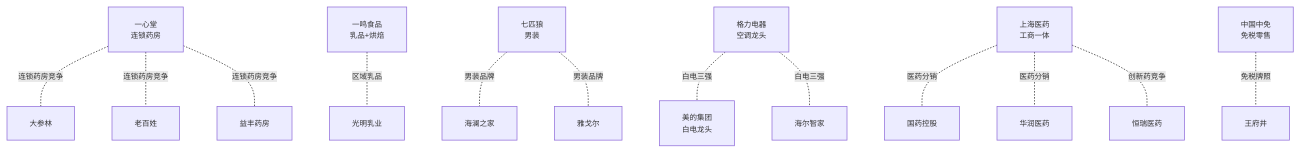
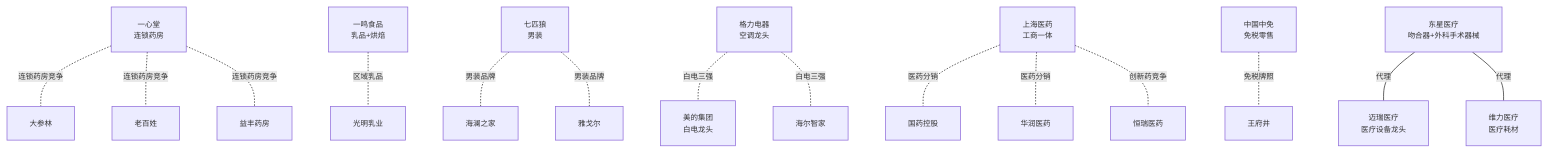
Before and after one commit to zhangbo1882/open-industry: the tenth of 23 diagrams in industry/wiki/syntheses/公司关联图谱.md, drawn with Mermaid. The commit also changed other lines of this file and 7 other files, not shown here.

````diff
--- a/industry/wiki/syntheses/公司关联图谱.md
+++ b/industry/wiki/syntheses/公司关联图谱.md
@@ -911,26 +914,31 @@
 ```mermaid
 %%{init: {'themeVariables': {'fontSize': '10px'}}}%%
 graph TB
     一心堂[一心堂<br/>连锁药房]
     一鸣食品[一鸣食品<br/>乳品+烘焙]
     七匹狼[七匹狼<br/>男装]
     格力电器[格力电器<br/>空调龙头]
     上海医药[上海医药<br/>工商一体]
     中国中免[中国中免<br/>免税零售]
     美的集团[美的集团<br/>白电龙头]
+    东星医疗[东星医疗<br/>吻合器+外科手术器械]
+    迈瑞医疗[迈瑞医疗<br/>医疗设备龙头]
+    维力医疗[维力医疗<br/>医疗耗材]
 
     一心堂 -.-|连锁药房竞争| 大参林
     一心堂 -.-|连锁药房竞争| 老百姓
     一心堂 -.-|连锁药房竞争| 益丰药房
     一鸣食品 -.-|区域乳品| 光明乳业
     七匹狼 -.-|男装品牌| 海澜之家
     七匹狼 -.-|男装品牌| 雅戈尔
     格力电器 -.-|白电三强| 美的集团
     格力电器 -.-|白电三强| 海尔智家
     上海医药 -.-|医药分销| 国药控股
     上海医药 -.-|医药分销| 华润医药
     上海医药 -.-|创新药竞争| 恒瑞医药
     中国中免 -.-|免税牌照| 王府井
+    东星医疗 ---|代理| 迈瑞医疗
+    东星医疗 ---|代理| 维力医疗
 
     classDef competition fill:#ffd43b,color:#333,stroke:#fab005
 ```
````
